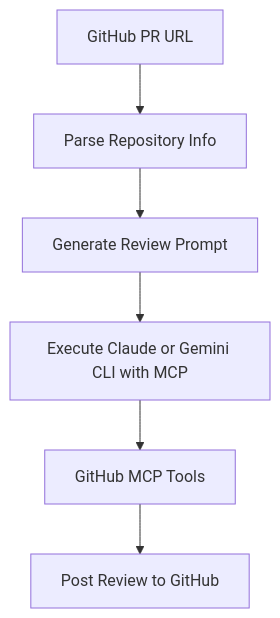
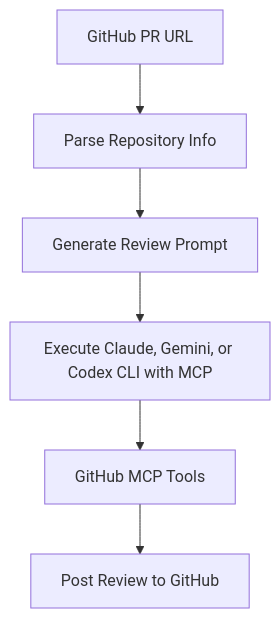
One commit to sychus/CodeReviewMCP changed the diagram in README.md. Above: the diagram before and after it, drawn with Mermaid. The commit also changed other lines of this file and 2 other files, not shown here.

````diff
--- a/README.md
+++ b/README.md
@@ -106,8 +113,8 @@
 ```mermaid
 graph TD
     A[GitHub PR URL] --> B[Parse Repository Info]
     B --> C[Generate Review Prompt]
-    C --> D[Execute Claude or Gemini CLI with MCP]
+    C --> D[Execute Claude, Gemini, or Codex CLI with MCP]
     D --> E[GitHub MCP Tools]
     E --> F[Post Review to GitHub]
 ```
````
